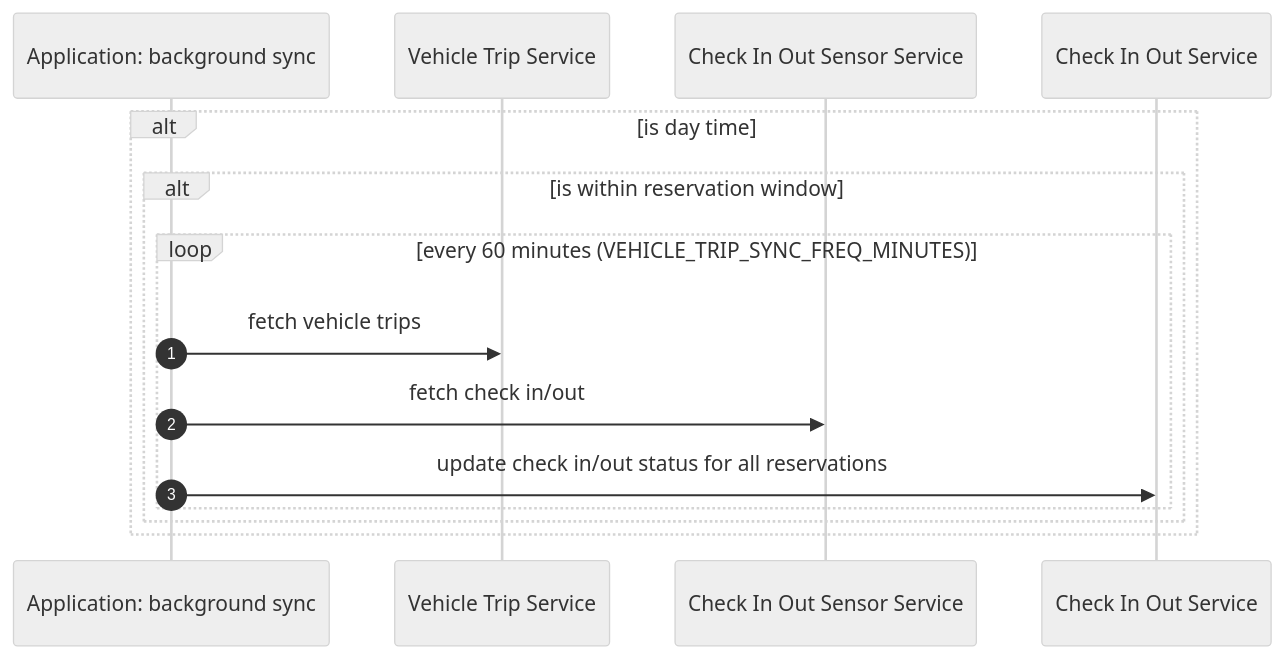
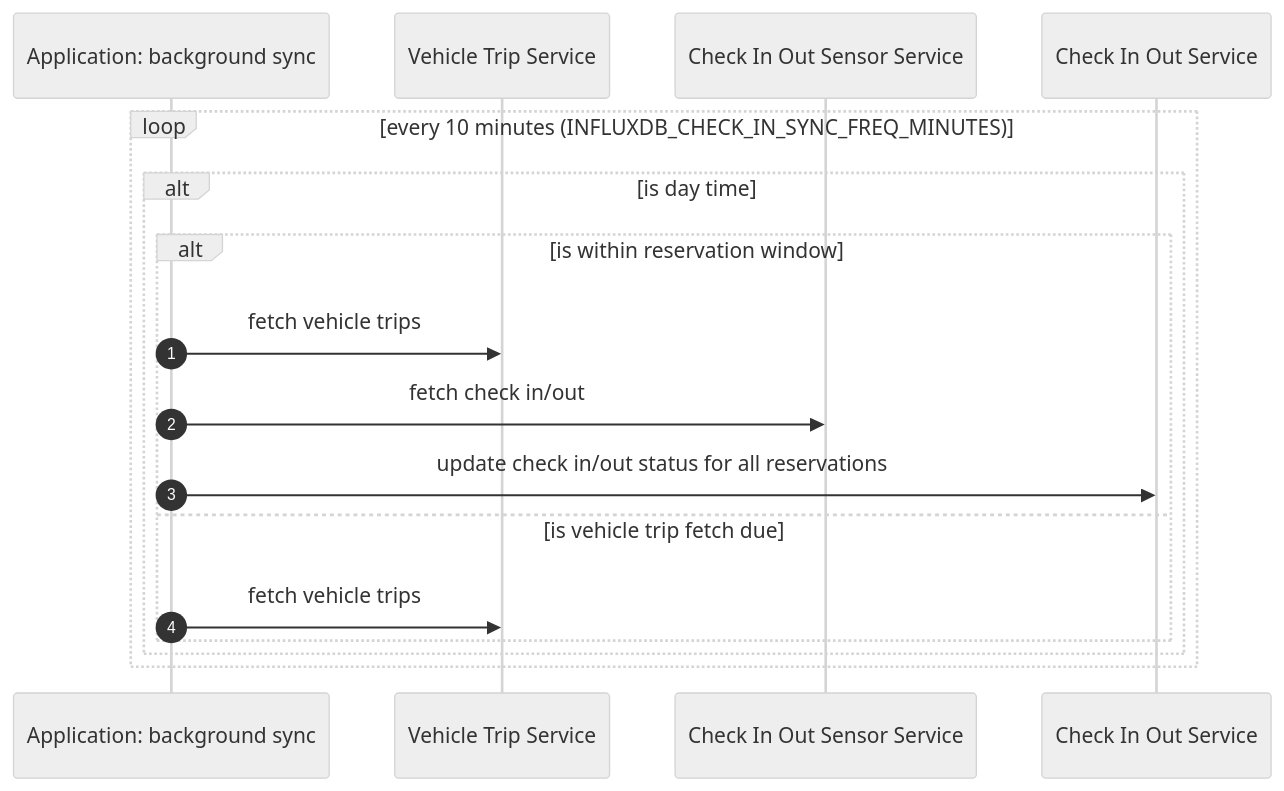
The second of 9 diagrams in docs/solution_architecture.md (ismarslomic/cabin-visits-kotlin), drawn with Mermaid (neutral theme) before and after one commit. The commit also changed other lines of this file and 26 other files, not shown here.

First line of the commit message:
feat(vehicletrips): fetch trips from JLR Data Hub

````diff
--- a/docs/solution_architecture.md
+++ b/docs/solution_architecture.md
@@ -32,18 +33,20 @@
 ```mermaid
 sequenceDiagram
     autonumber
     participant BackgroundSync as Application: background sync
     participant VehicleTripService as Vehicle Trip Service
     participant CheckInOutSensorService as Check In Out Sensor Service
     participant CheckInOutService as Check In Out Service
 
-    alt is day time
-        alt is within reservation window
-            loop every 60 minutes (VEHICLE_TRIP_SYNC_FREQ_MINUTES)
+    loop every 10 minutes (INFLUXDB_CHECK_IN_SYNC_FREQ_MINUTES)
+        alt is day time
+            alt is within reservation window
                 BackgroundSync->>VehicleTripService: fetch vehicle trips
                 BackgroundSync->>CheckInOutSensorService: fetch check in/out
                 BackgroundSync->>CheckInOutService: update check in/out status for all reservations
+            else is vehicle trip fetch due
+                BackgroundSync->>VehicleTripService: fetch vehicle trips
             end
         end
     end
 ```
````
